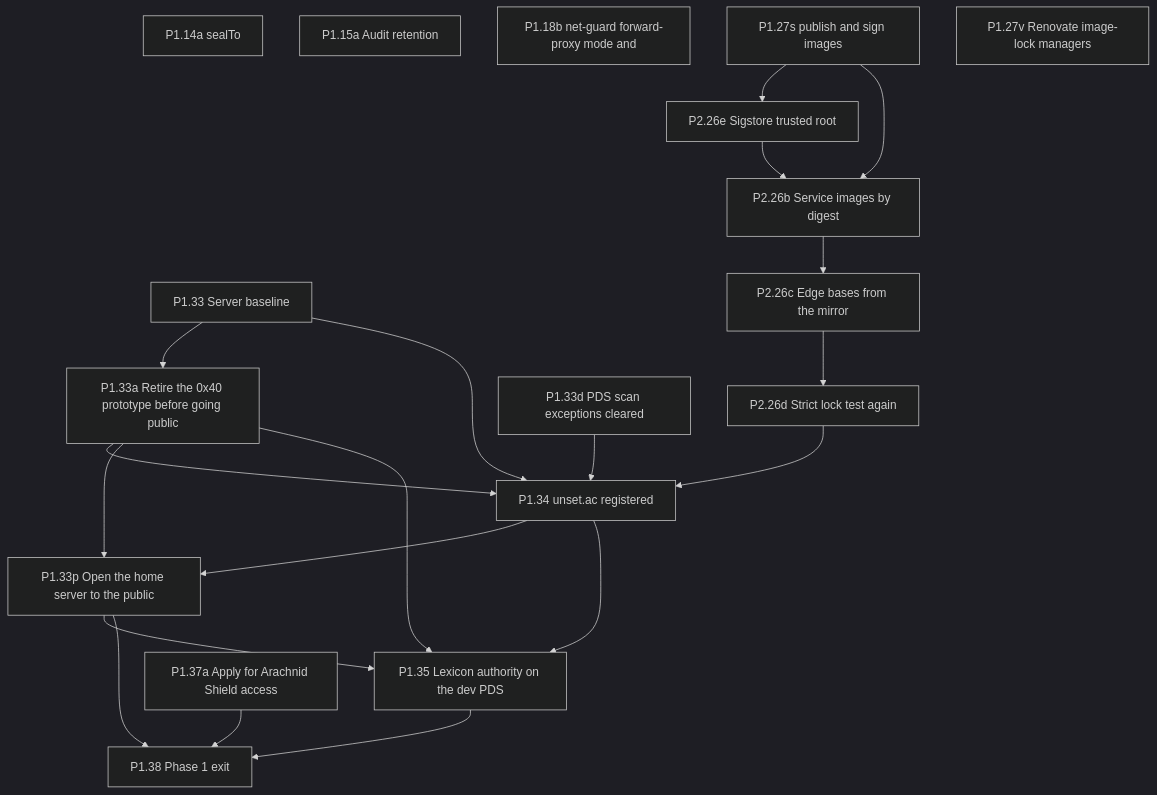
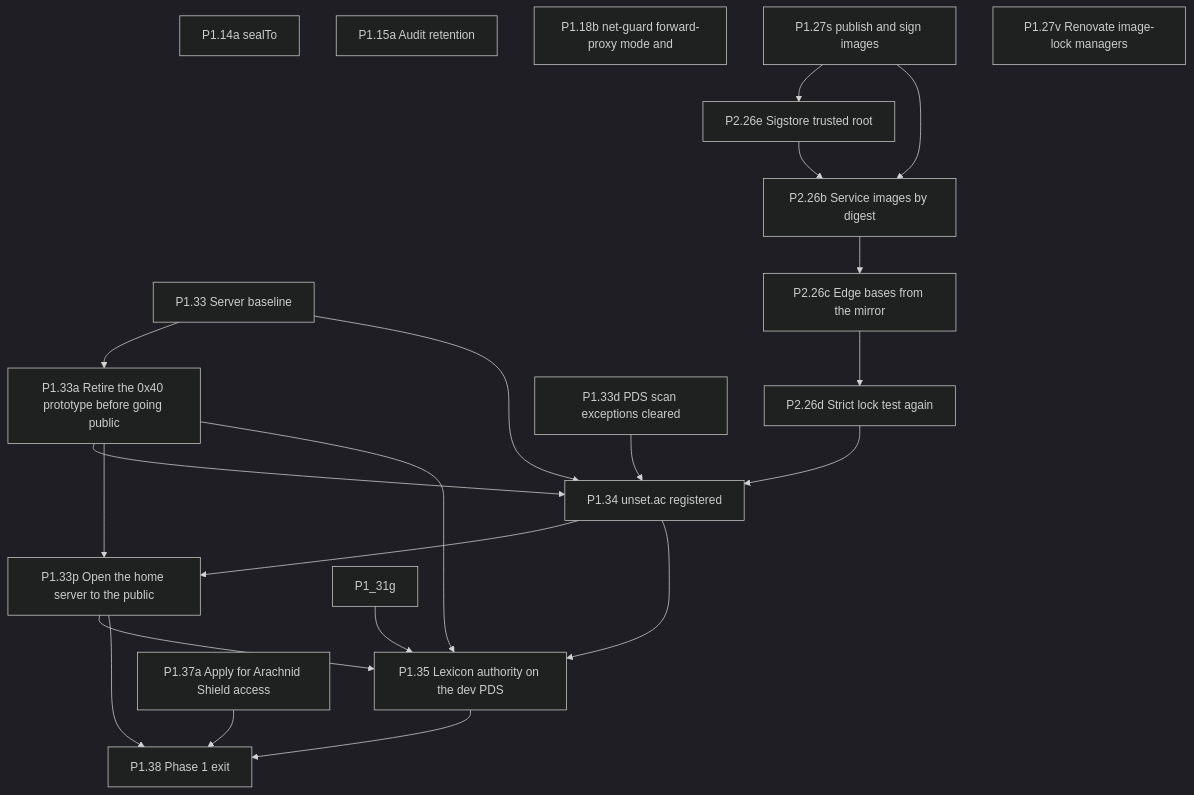
One commit to Undefined6799/unset changed the fourth of 11 diagrams in docs/ai/book/01-outline.md. Above: the diagram before and after it, drawn with Mermaid (dark theme). The commit also changed other lines of this file and 1 other file, not shown here.

````diff
--- a/docs/ai/book/01-outline.md
+++ b/docs/ai/book/01-outline.md
@@ -1282,38 +1285,39 @@
 ```mermaid
 flowchart TD
   P1_14a["P1.14a sealTo"]
   P1_15a["P1.15a Audit retention"]
   P1_18b["P1.18b net-guard forward-proxy mode and"]
   P1_33["P1.33 Server baseline"]
   P1_33a["P1.33a Retire the 0x40 prototype before going public"]
   P1_33p["P1.33p Open the home server to the public"]
   P2_26e["P2.26e Sigstore trusted root"]
   P2_26b["P2.26b Service images by digest"]
   P2_26c["P2.26c Edge bases from the mirror"]
   P2_26d["P2.26d Strict lock test again"]
   P1_33d["P1.33d PDS scan exceptions cleared"]
   P1_34["P1.34 unset.ac registered"]
   P1_35["P1.35 Lexicon authority on the dev PDS"]
   P1_27s["P1.27s publish and sign images"]
   P1_27v["P1.27v Renovate image-lock managers"]
   P1_37a["P1.37a Apply for Arachnid Shield access"]
   P1_38["P1.38 Phase 1 exit"]
   P1_33 --> P1_33a
   P1_33 --> P1_34
   P1_33a --> P1_34
   P1_33d --> P1_34
   P1_27s --> P2_26e
   P2_26e --> P2_26b
   P1_27s --> P2_26b
   P2_26b --> P2_26c
   P2_26c --> P2_26d
   P2_26d --> P1_34
   P1_34 --> P1_33p
   P1_33a --> P1_33p
   P1_33p --> P1_35
   P1_33a --> P1_35
   P1_33p --> P1_38
+  P1_31g --> P1_35
   P1_34 --> P1_35
   P1_35 --> P1_38
   P1_37a --> P1_38
 ```
````
